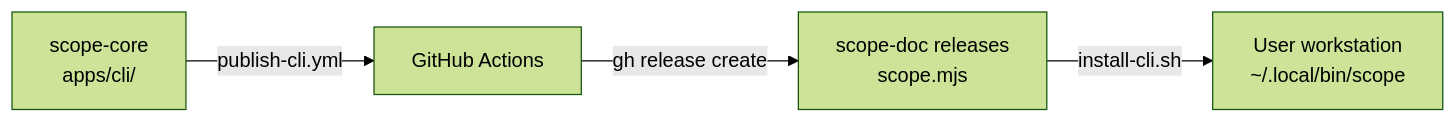
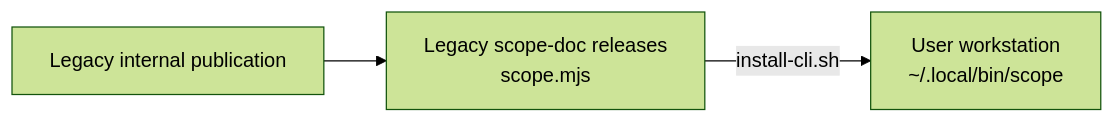
One commit to cedricvidal/scope changed the diagram in docs/architecture/cli-distribution.md. Above: the diagram before and after it, drawn with Mermaid (forest theme). The commit also changed other lines of this file and 9 other files, not shown here.

````diff
--- a/docs/architecture/cli-distribution.md
+++ b/docs/architecture/cli-distribution.md
@@ -9,6 +19,5 @@
 ```mermaid
 flowchart LR
-    A[scope-core<br/>apps/cli/] -->|publish-cli.yml| B[GitHub Actions]
-    B -->|gh release create| C[scope-doc releases<br/>scope.mjs]
+    A[Legacy internal publication] --> C[Legacy scope-doc releases<br/>scope.mjs]
     C -->|install-cli.sh| D[User workstation<br/>~/.local/bin/scope]
 ```
````
